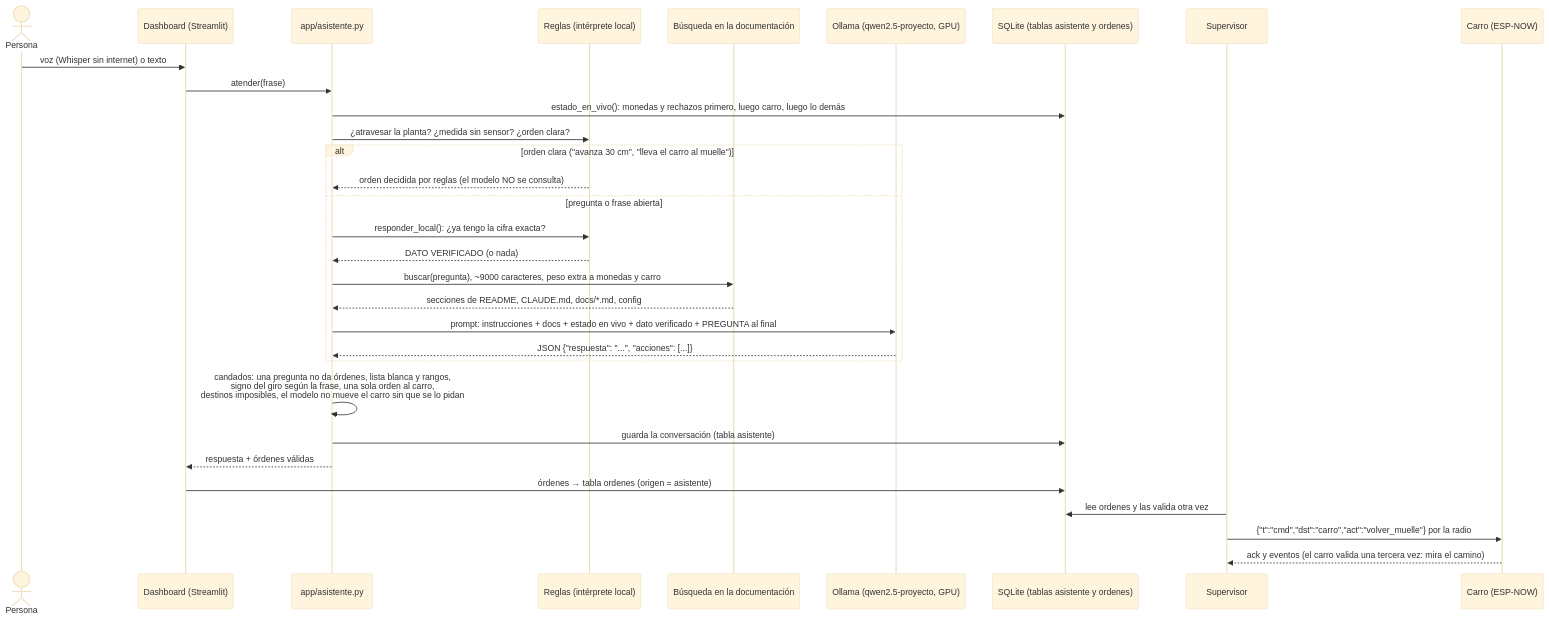
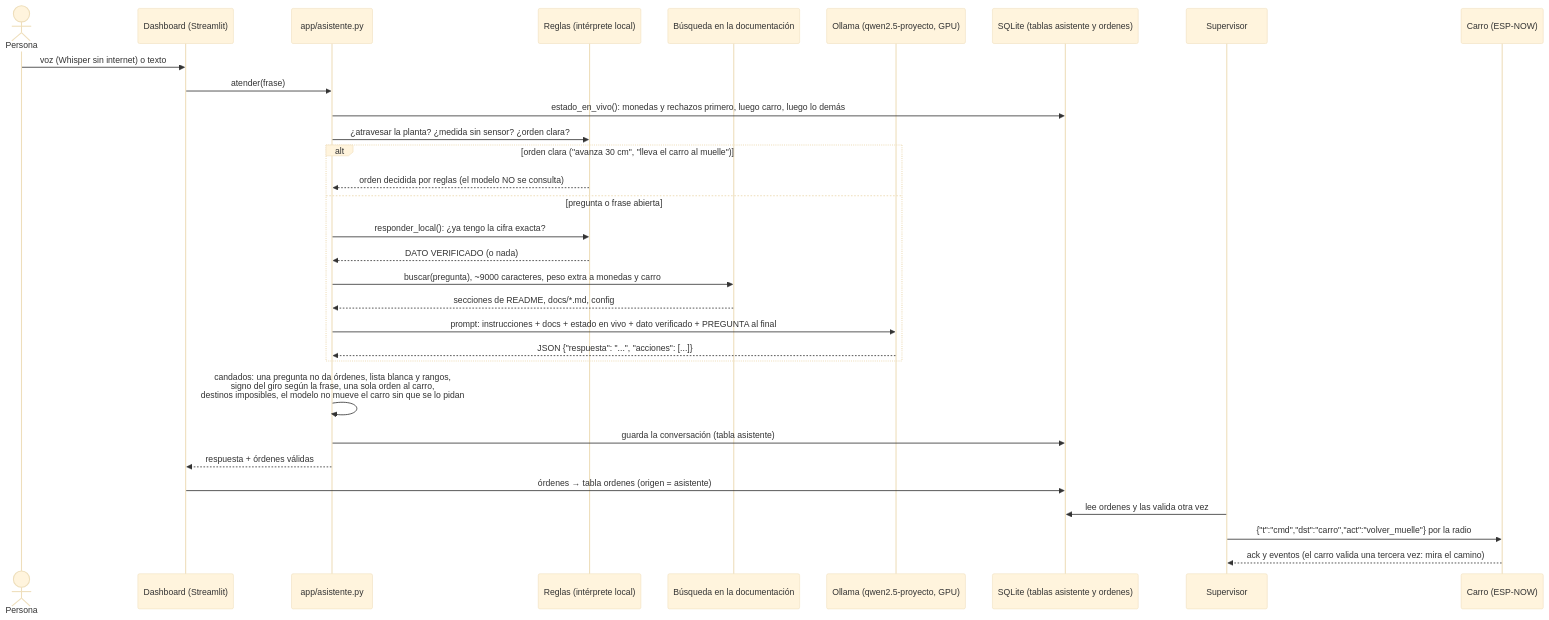
The second of 2 diagrams in proyecto-final/docs/modelo-local.md (Dathinel/Sensores-Teoria), drawn with Mermaid (base theme) before and after one commit. The commit also changed 63 other files, not shown here.

````diff
--- a/proyecto-final/docs/modelo-local.md
+++ b/proyecto-final/docs/modelo-local.md
@@ -149,34 +149,34 @@
 ```mermaid
 sequenceDiagram
     actor P as Persona
     participant D as Dashboard (Streamlit)
     participant A as app/asistente.py
     participant R as Reglas (intérprete local)
     participant DOC as Búsqueda en la documentación
     participant O as Ollama (qwen2.5-proyecto, GPU)
     participant BD as SQLite (tablas asistente y ordenes)
     participant S as Supervisor
     participant C as Carro (ESP-NOW)
 
     P->>D: voz (Whisper sin internet) o texto
     D->>A: atender(frase)
     A->>BD: estado_en_vivo(): monedas y rechazos primero, luego carro, luego lo demás
     A->>R: ¿atravesar la planta? ¿medida sin sensor? ¿orden clara?
     alt orden clara ("avanza 30 cm", "lleva el carro al muelle")
         R-->>A: orden decidida por reglas (el modelo NO se consulta)
     else pregunta o frase abierta
         A->>R: responder_local(): ¿ya tengo la cifra exacta?
         R-->>A: DATO VERIFICADO (o nada)
         A->>DOC: buscar(pregunta), ~9000 caracteres, peso extra a monedas y carro
-        DOC-->>A: secciones de README, CLAUDE.md, docs/*.md, config
+        DOC-->>A: secciones de README, docs/*.md, config
         A->>O: prompt: instrucciones + docs + estado en vivo + dato verificado + PREGUNTA al final
         O-->>A: JSON {"respuesta": "...", "acciones": [...]}
     end
     A->>A: candados: una pregunta no da órdenes, lista blanca y rangos,<br/>signo del giro según la frase, una sola orden al carro,<br/>destinos imposibles, el modelo no mueve el carro sin que se lo pidan
     A->>BD: guarda la conversación (tabla asistente)
     A-->>D: respuesta + órdenes válidas
     D->>BD: órdenes → tabla ordenes (origen = asistente)
     S->>BD: lee ordenes y las valida otra vez
     S->>C: {"t":"cmd","dst":"carro","act":"volver_muelle"} por la radio
     C-->>S: ack y eventos (el carro valida una tercera vez: mira el camino)
 ```
````
